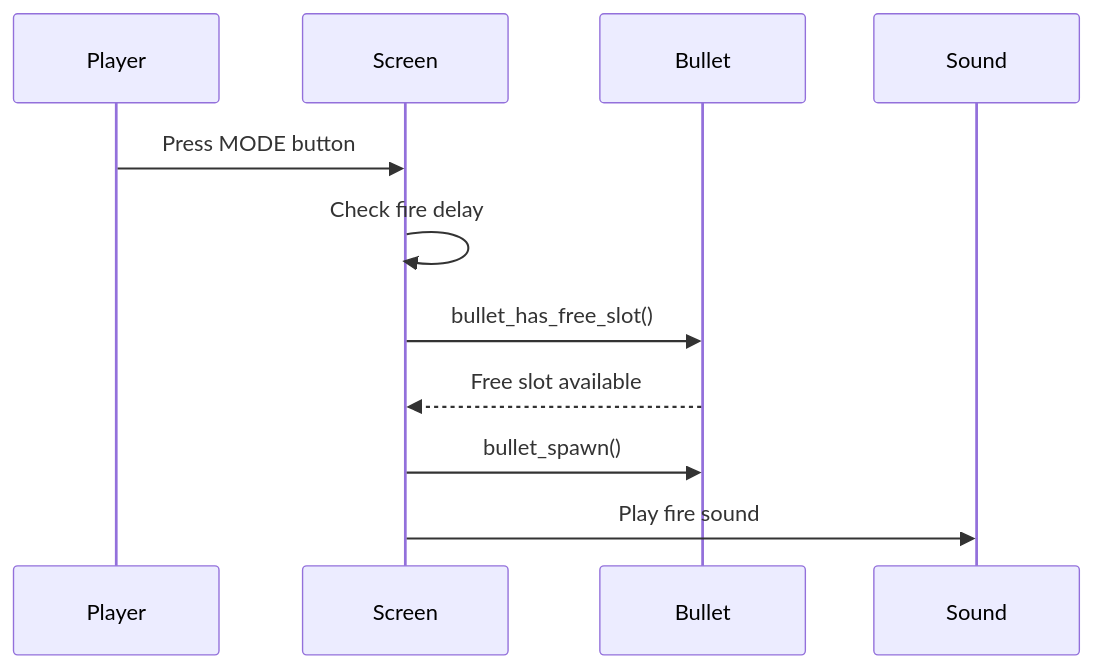
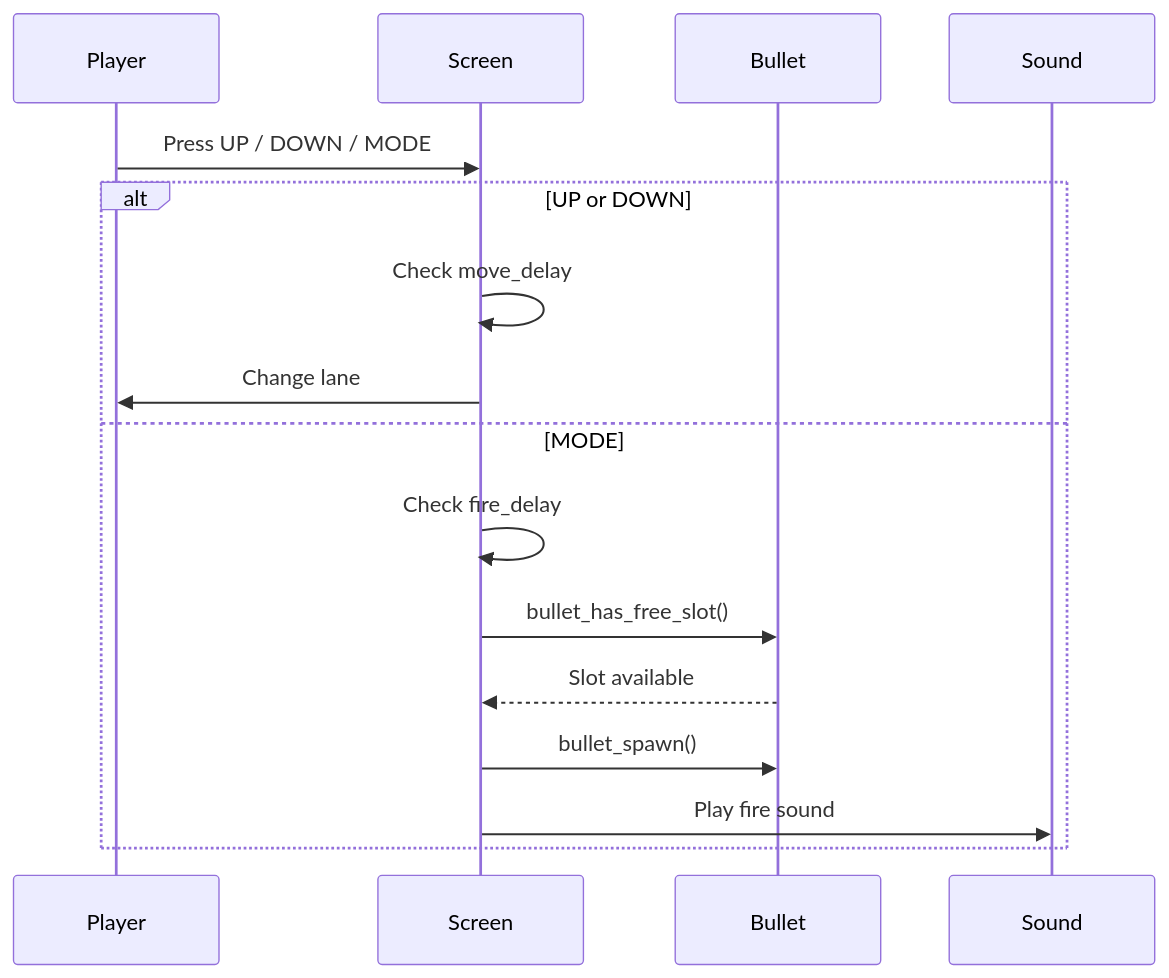
The fourth of 7 diagrams in application/docs/03-software-architecture.md (phihungnguyen1402-byte/Monster-Shooter_Game), drawn with Mermaid before and after one commit. The commit also changed other lines of this file, not shown here.

````diff
--- a/application/docs/03-software-architecture.md
+++ b/application/docs/03-software-architecture.md
@@ -126,20 +129,30 @@
 ```mermaid
 sequenceDiagram
 
 participant Player
 participant Screen
 participant Bullet
 participant Sound
 
-Player->>Screen: Press MODE button
+Player->>Screen: Press UP / DOWN / MODE
 
-Screen->>Screen: Check fire delay
+alt UP or DOWN
 
-Screen->>Bullet: bullet_has_free_slot()
+    Screen->>Screen: Check move_delay
 
-Bullet-->>Screen: Free slot available
+    Screen->>Player: Change lane
 
-Screen->>Bullet: bullet_spawn()
+else MODE
 
-Screen->>Sound: Play fire sound
+    Screen->>Screen: Check fire_delay
+
+    Screen->>Bullet: bullet_has_free_slot()
+
+    Bullet-->>Screen: Slot available
+
+    Screen->>Bullet: bullet_spawn()
+
+    Screen->>Sound: Play fire sound
+
+end
 ```
````
